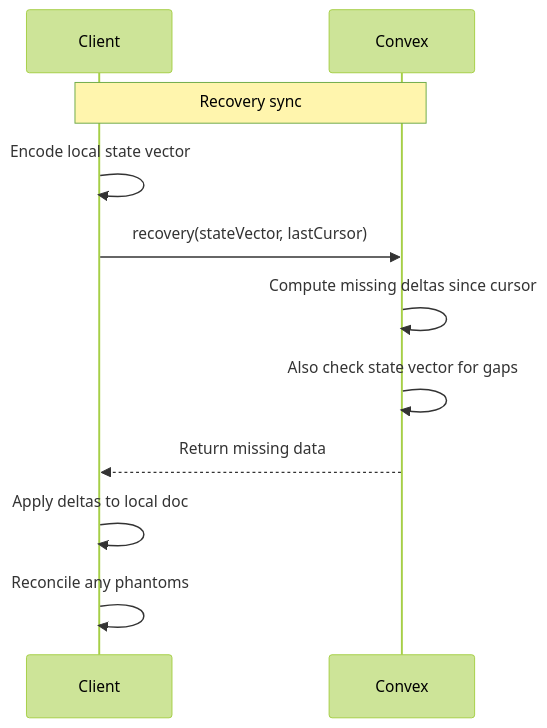
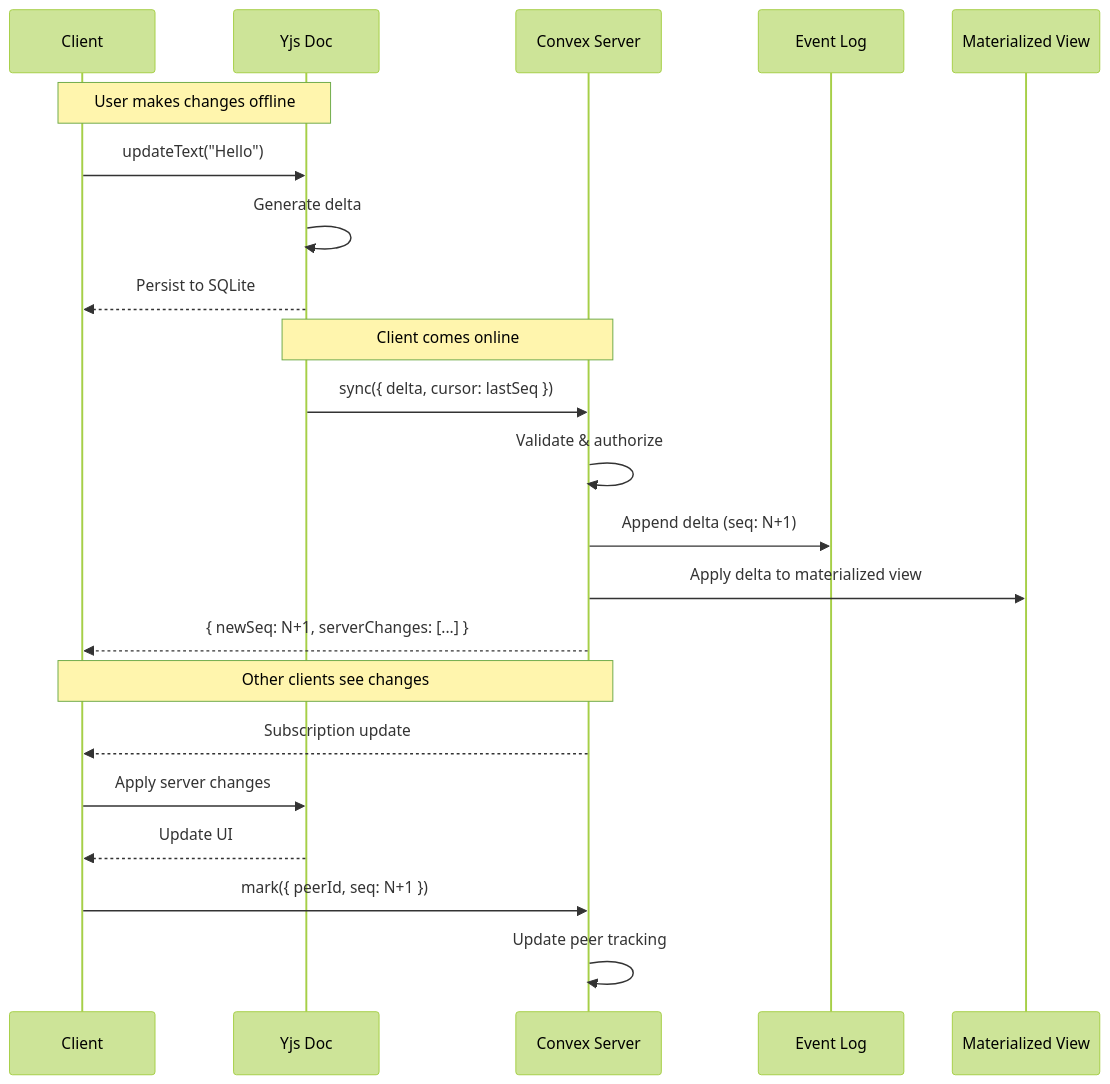
Before and after one commit to robelest/robelest: diagram 11 of 12 in journal/2025-12-25-replicate-local-first.md, drawn with Mermaid (forest theme). The commit also changed other lines of this file, not shown here.

First line of the commit message:
rewrite: replicate journal as first-person narrative with improved flow

````diff
--- a/journal/2025-12-25-replicate-local-first.md
+++ b/journal/2025-12-25-replicate-local-first.md
@@ -1392,14 +1179,28 @@
 ```mermaid
 sequenceDiagram
     participant C as Client
-    participant S as Convex
+    participant Y as Yjs Doc
+    participant S as Convex Server
+    participant L as Event Log
+    participant M as Materialized View
 
-    Note over C,S: Recovery sync
-    C->>C: Encode local state vector
-    C->>S: recovery(stateVector, lastCursor)
-    S->>S: Compute missing deltas since cursor
-    S->>S: Also check state vector for gaps
-    S-->>C: Return missing data
-    C->>C: Apply deltas to local doc
-    C->>C: Reconcile any phantoms
+    Note over C,Y: User makes changes offline
+    C->>Y: updateText("Hello")
+    Y->>Y: Generate delta
+    Y-->>C: Persist to SQLite
+    
+    Note over Y,S: Client comes online
+    Y->>S: sync({ delta, cursor: lastSeq })
+    S->>S: Validate & authorize
+    S->>L: Append delta (seq: N+1)
+    S->>M: Apply delta to materialized view
+    S-->>C: { newSeq: N+1, serverChanges: [...] }
+    
+    Note over C,S: Other clients see changes
+    S-->>C: Subscription update
+    C->>Y: Apply server changes
+    Y-->>C: Update UI
+    
+    C->>S: mark({ peerId, seq: N+1 })
+    S->>S: Update peer tracking
 ```
````
